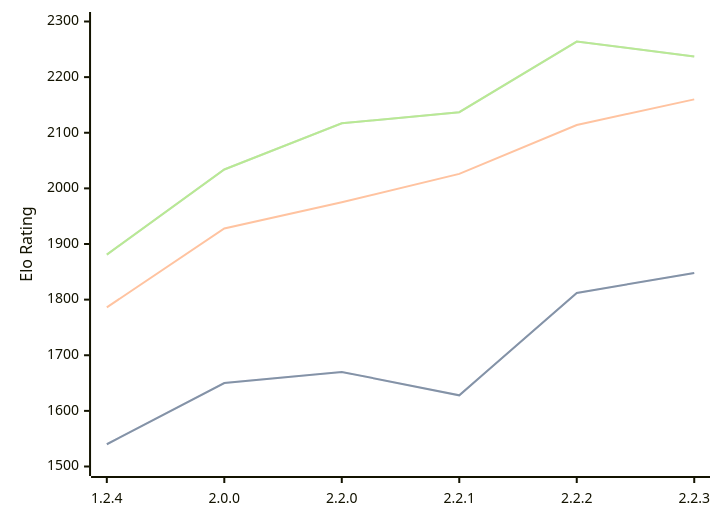
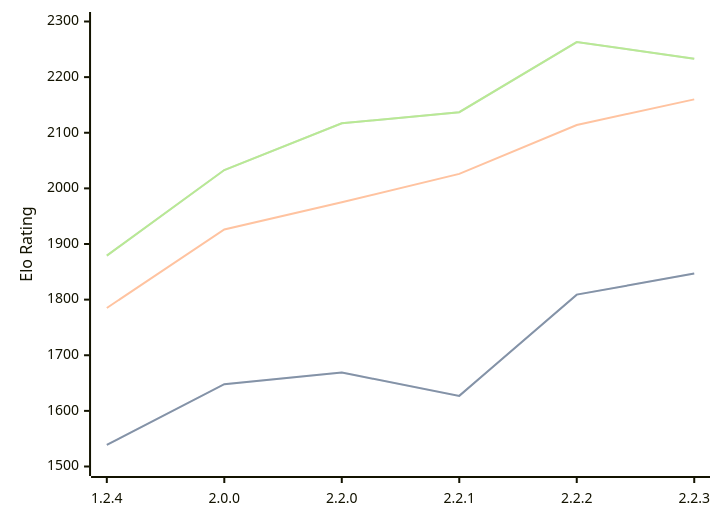
The diagram in engines/Kreveta.md (computer-chess-index/cci), drawn with Mermaid before and after one commit. The commit also changed other lines of this file, not shown here.

Commit message:
Update CCI Ratings (ELO VLTC) - 2026-02-18

````diff
--- a/engines/Kreveta.md
+++ b/engines/Kreveta.md
@@ -36,11 +36,11 @@
 ```mermaid
 %%{init: {"theme":"base","themeVariables":{"seriesColors:['#a3a3a3','#222221','#faa371']}}}%%
 xychart-beta
   x-axis ["1.2.4", "2.0.0", "2.2.0", "2.2.1", "2.2.2", "2.2.3"]
   y-axis "Elo Rating" 1500 --> 2300
-  line "STC (8.0+0.08s)" [1540, 1650, 1670, 1628, 1812, 1848]
-  line "STC (8.0+0.08s)" [1540, 1650, 1670, 1628, 1812, 1848]
-  line "LTC (60.0+0.60s)" [1786, 1928, 1975, 2026, 2114, 2160]
-  line "VLTC (2m24s+1.12s)" [1881, 2034, 2117, 2137, 2264, 2237]
-  line "VLTC (2m24s+1.12s)" [1881, 2034, 2117, 2137, 2264, 2237]
+  line "STC (8.0+0.08s)" [1539, 1648, 1669, 1627, 1809, 1847]
+  line "STC (8.0+0.08s)" [1539, 1648, 1669, 1627, 1809, 1847]
+  line "LTC (60.0+0.60s)" [1785, 1926, 1975, 2026, 2114, 2160]
+  line "VLTC (2m24s+1.12s)" [1879, 2033, 2117, 2137, 2263, 2233]
+  line "VLTC (2m24s+1.12s)" [1879, 2033, 2117, 2137, 2263, 2233]
 ```
````
